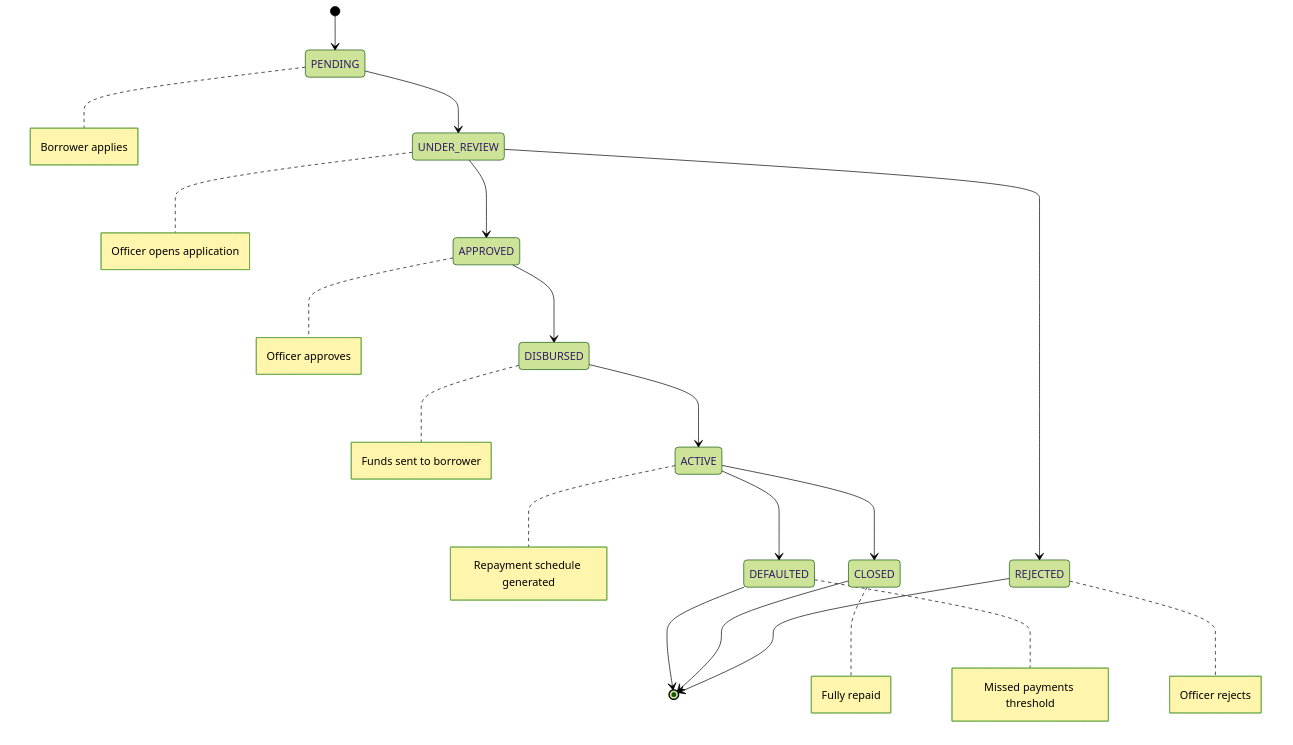
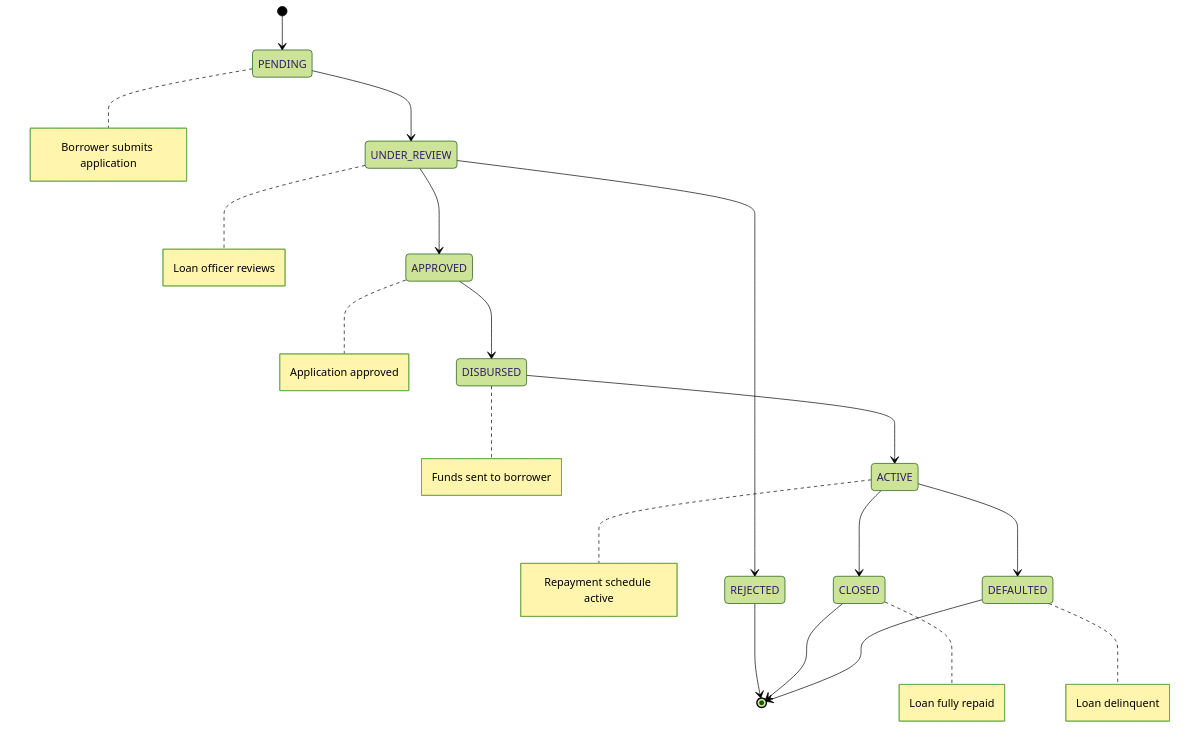
The third of 4 diagrams in README.md (finalSay9/Loan_system), drawn with Mermaid (forest theme) before and after one commit. The commit also changed other lines of this file, not shown here.

````diff
--- a/README.md
+++ b/README.md
@@ -198,23 +305,47 @@
 ```mermaid
 stateDiagram-v2
+
     [*] --> PENDING
+
     PENDING --> UNDER_REVIEW
     UNDER_REVIEW --> APPROVED
     UNDER_REVIEW --> REJECTED
+
     APPROVED --> DISBURSED
     DISBURSED --> ACTIVE
+
     ACTIVE --> CLOSED
     ACTIVE --> DEFAULTED
+
     REJECTED --> [*]
     CLOSED --> [*]
     DEFAULTED --> [*]
 
-    note right of PENDING : Borrower applies
-    note right of UNDER_REVIEW : Officer opens application
-    note right of APPROVED : Officer approves
-    note right of REJECTED : Officer rejects
-    note right of DISBURSED : Funds sent to borrower
-    note right of ACTIVE : Repayment schedule generated
-    note right of CLOSED : Fully repaid
-    note right of DEFAULTED : Missed payments threshold
+    note right of PENDING
+        Borrower submits application
+    end note
+
+    note right of UNDER_REVIEW
+        Loan officer reviews
+    end note
+
+    note right of APPROVED
+        Application approved
+    end note
+
+    note right of DISBURSED
+        Funds sent to borrower
+    end note
+
+    note right of ACTIVE
+        Repayment schedule active
+    end note
+
+    note right of CLOSED
+        Loan fully repaid
+    end note
+
+    note right of DEFAULTED
+        Loan delinquent
+    end note
 ```
````
